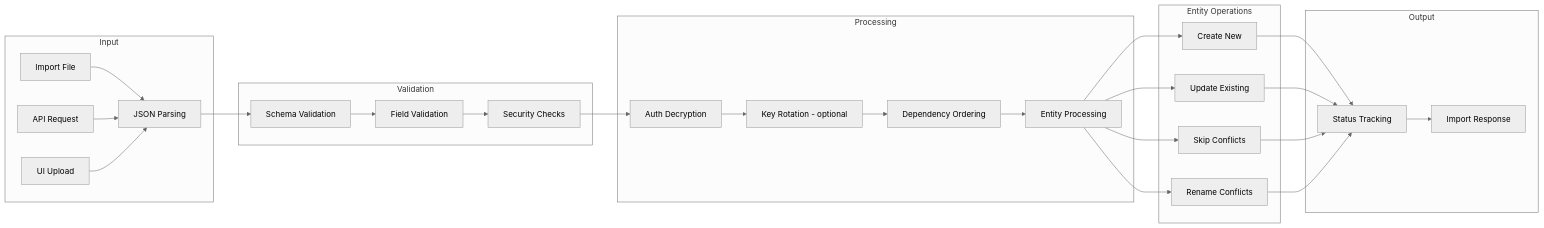
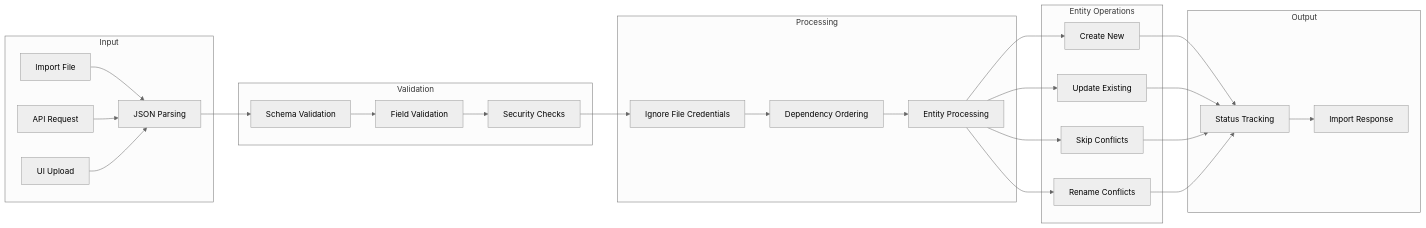
The third of 4 diagrams in docs/docs/architecture/export-import-architecture.md (IBM/mcp-context-forge), drawn with Mermaid (neutral theme) before and after one commit. The commit also changed other lines of this file and 36 other files, not shown here.

````diff
--- a/docs/docs/architecture/export-import-architecture.md
+++ b/docs/docs/architecture/export-import-architecture.md
@@ -213,36 +173,35 @@
 ```mermaid
 graph LR
     subgraph "Input"
         File[Import File] --> Parse[JSON Parsing]
         API[API Request] --> Parse
         UI[UI Upload] --> Parse
     end
 
     subgraph "Validation"
         Parse --> Schema[Schema Validation]
         Schema --> Fields[Field Validation]
         Fields --> Security[Security Checks]
     end
 
     subgraph "Processing"
-        Security --> Decrypt[Auth Decryption]
-        Decrypt --> Rekey[Key Rotation - optional]
-        Rekey --> Order[Dependency Ordering]
+        Security --> Filter[Ignore File Credentials]
+        Filter --> Order[Dependency Ordering]
         Order --> Process[Entity Processing]
     end
 
     subgraph "Entity Operations"
         Process --> Create[Create New]
         Process --> Update[Update Existing]
         Process --> Skip[Skip Conflicts]
         Process --> Rename[Rename Conflicts]
     end
 
     subgraph "Output"
         Create --> Status[Status Tracking]
         Update --> Status
         Skip --> Status
         Rename --> Status
         Status --> Response[Import Response]
     end
 ```
````
